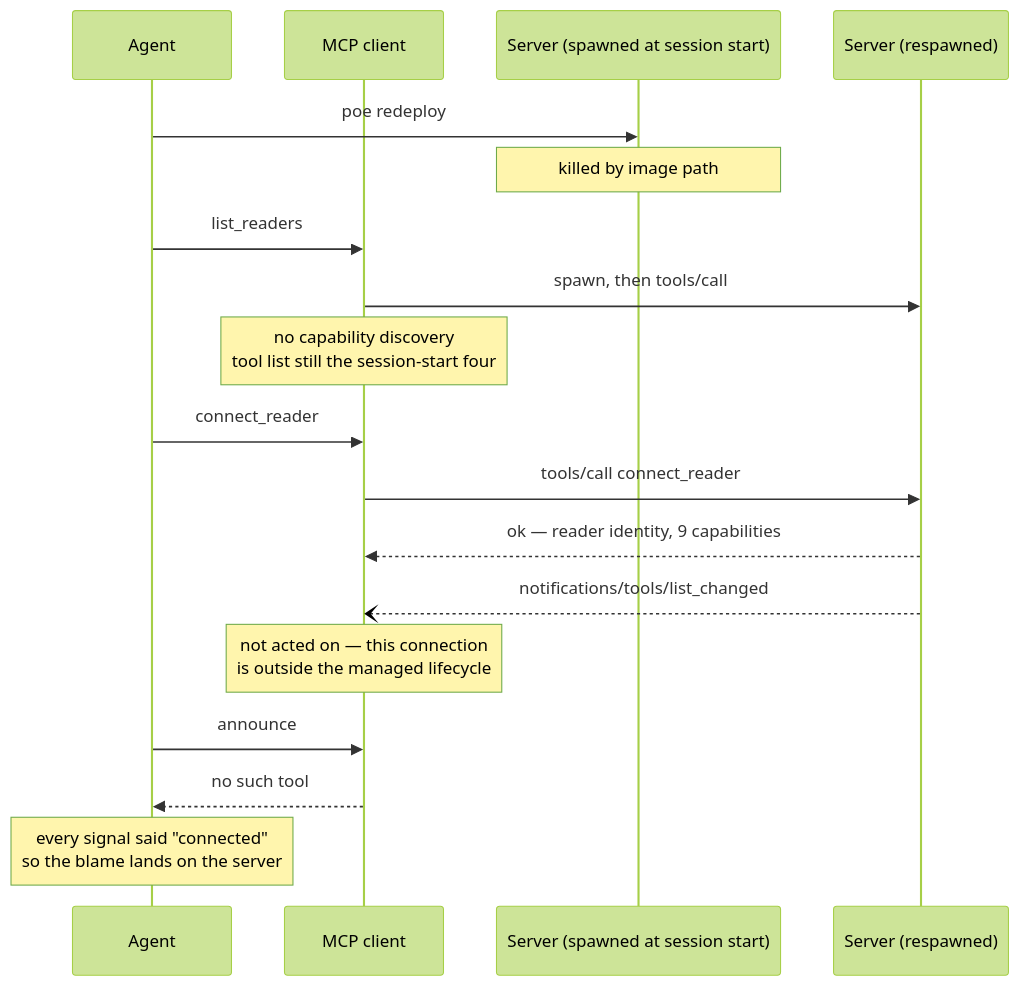
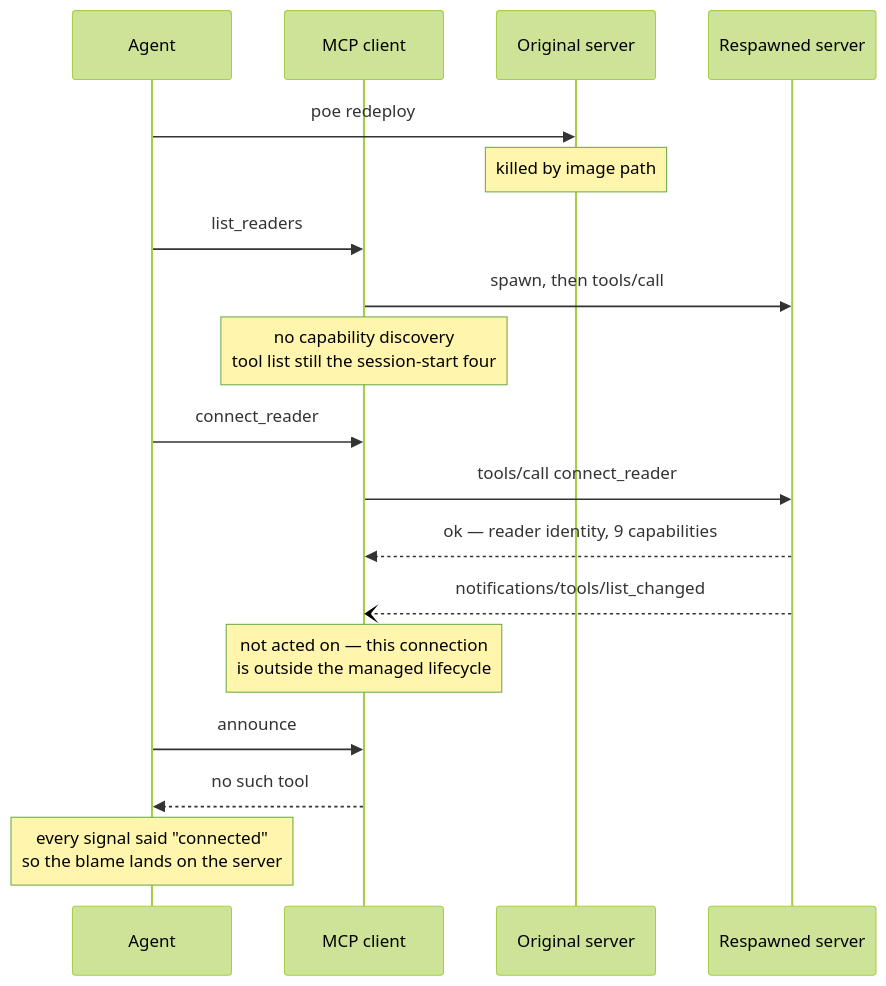
The diagram in specs/0022-tool-discovery-an-agent-can-rely-on.md (marlon-sousa/screen-readers-mcp), drawn with Mermaid (forest theme) before and after one commit.

Commit message:
docs: plain participant aliases in 0022's diagram
Every other spec's Mermaid aliases are plain words; parentheses risk a parse
failure, and a diagram that silently fails to render is the one review channel
the maintainer cannot work around.

````diff
--- a/specs/0022-tool-discovery-an-agent-can-rely-on.md
+++ b/specs/0022-tool-discovery-an-agent-can-rely-on.md
@@ -77,22 +77,22 @@
 ```mermaid
 sequenceDiagram
     accTitle: How poe redeploy leaves a session connected to a reader with no tools to call
     accDescr: The agent runs poe redeploy, which kills the MCP server process the client spawned, then rebuilds the binary. The agent calls a discovery tool, and the client silently spawns a fresh server process to serve it, but does not re-run capability discovery, so the tool list it holds is still the one it fetched at session start, containing only the four discovery and connection tools. The agent calls connect_reader and the new server succeeds, returning the reader identity and nine capabilities, then emits a tools list changed notification. The client is no longer acting on that server's notifications, so its tool list never grows. When the agent calls a gated tool such as announce, the client reports that no such tool exists. Every signal the agent received said the session was healthy, so the blame lands on the server or the bridge, which is the wrong component. The user running slash mcp reconnect restores capability discovery and the gated tools appear.
     participant Agent
     participant Client as MCP client
-    participant Old as Server (spawned at session start)
-    participant New as Server (respawned)
+    participant Old as Original server
+    participant New as Respawned server
     Agent->>Old: poe redeploy
     Note over Old: killed by image path
     Agent->>Client: list_readers
     Client->>New: spawn, then tools/call
     Note over Client: no capability discovery<br/>tool list still the session-start four
     Agent->>Client: connect_reader
     Client->>New: tools/call connect_reader
     New-->>Client: ok — reader identity, 9 capabilities
     New--)Client: notifications/tools/list_changed
     Note over Client: not acted on — this connection<br/>is outside the managed lifecycle
     Agent->>Client: announce
     Client-->>Agent: no such tool
     Note over Agent: every signal said "connected"<br/>so the blame lands on the server
 ```
````
